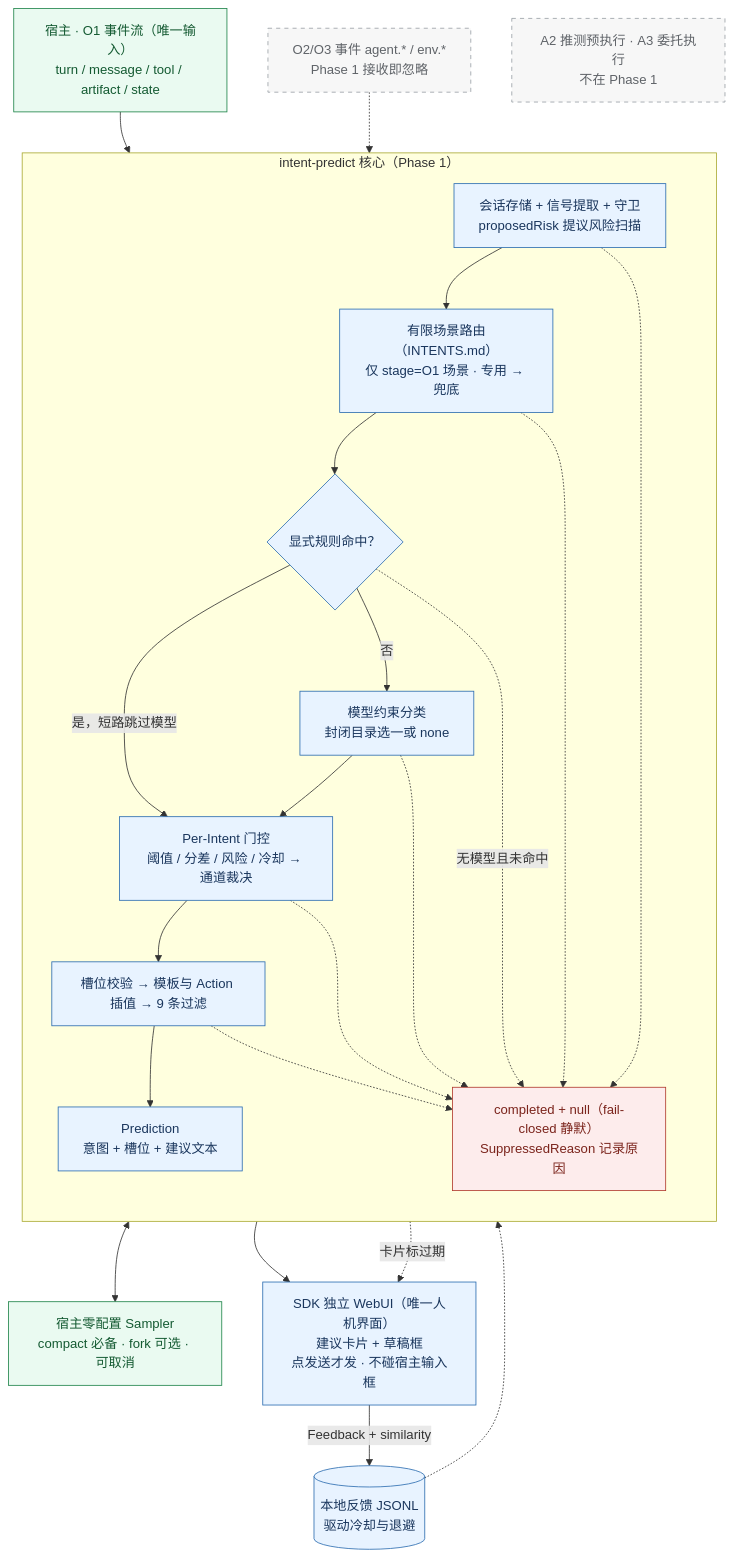
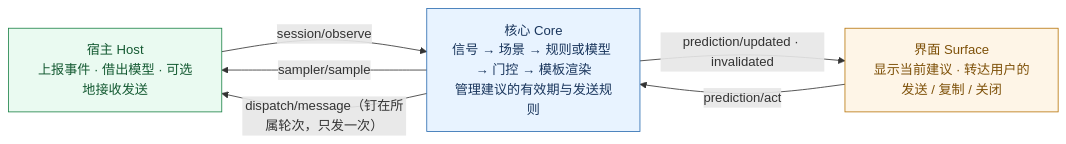
The diagram in README.md (susyimes/intent-predict), drawn with Mermaid before and after one commit. The commit also changed other lines of this file and 21 other files, not shown here.

````diff
--- a/README.md
+++ b/README.md
@@ -44,45 +38,16 @@
 ```mermaid
-flowchart TB
-  classDef now fill:#e8f3ff,stroke:#2b6cb0,color:#1a365d
-  classDef future fill:#f7f7f7,stroke:#9aa0a6,color:#5f6368,stroke-dasharray: 5 5
-  classDef stop fill:#fdecec,stroke:#b03a2e,color:#7b241c
+flowchart LR
   classDef host fill:#eafaf1,stroke:#1e8449,color:#145a32
+  classDef core fill:#e8f3ff,stroke:#2b6cb0,color:#1a365d
+  classDef surf fill:#fef5e7,stroke:#b9770e,color:#7e5109
 
-  EV["宿主 · O1 事件流（唯一输入）<br/>turn / message / tool / artifact / state"]:::host
-  XB["O2/O3 事件 agent.* / env.*<br/>Phase 1 接收即忽略"]:::future
+  H["宿主 Host<br/>上报事件 · 借出模型 · 可选地接收发送"]:::host
+  C["核心 Core<br/>信号 → 场景 → 规则或模型 → 门控 → 模板渲染<br/>管理建议的有效期与发送规则"]:::core
+  S["界面 Surface<br/>显示当前建议 · 转达用户的发送 / 复制 / 关闭"]:::surf
 
-  subgraph Core["intent-predict 核心（Phase 1）"]
-    direction TB
-    SS["会话存储 + 信号提取 + 守卫<br/>proposedRisk 提议风险扫描"]:::now
-    RT["有限场景路由（INTENTS.md）<br/>仅 stage=O1 场景 · 专用 → 兜底"]:::now
-    CD{"显式规则命中？"}:::now
-    MD["模型约束分类<br/>封闭目录选一或 none"]:::now
-    GT["Per-Intent 门控<br/>阈值 / 分差 / 风险 / 冷却 → 通道裁决"]:::now
-    RD["槽位校验 → 模板与 Action 插值 → 9 条过滤"]:::now
-    PD["Prediction<br/>意图 + 槽位 + 建议文本"]:::now
-    NX["completed + null（fail-closed 静默）<br/>SuppressedReason 记录原因"]:::stop
-    SS --> RT --> CD
-    CD -->|"是，短路跳过模型"| GT
-    CD -->|"否"| MD --> GT
-    CD -.->|"无模型且未命中"| NX
-    GT --> RD --> PD
-    SS -.-> NX
-    RT -.-> NX
-    MD -.-> NX
-    GT -.-> NX
-    RD -.-> NX
-  end
-
-  SM["宿主零配置 Sampler<br/>compact 必备 · fork 可选 · 可取消"]:::host
-  UI["SDK 独立 WebUI（唯一人机界面）<br/>建议卡片 + 草稿框<br/>点发送才发 · 不碰宿主输入框"]:::now
-  FB[("本地反馈 JSONL<br/>驱动冷却与退避")]:::now
-  AG["A2 推测预执行 · A3 委托执行<br/>不在 Phase 1"]:::future
-
-  EV --> SS
-  XB -.-> SS
-  MD <--> SM
-  PD --> UI
-  NX -.->|"卡片标过期"| UI
-  UI -->|"Feedback + similarity"| FB
-  FB -.-> GT
+  H -->|"session/observe"| C
+  C -->|"sampler/sample"| H
+  C -->|"prediction/updated · invalidated"| S
+  S -->|"prediction/act"| C
+  C -->|"dispatch/message（钉在所属轮次，只发一次）"| H
 ```
````
